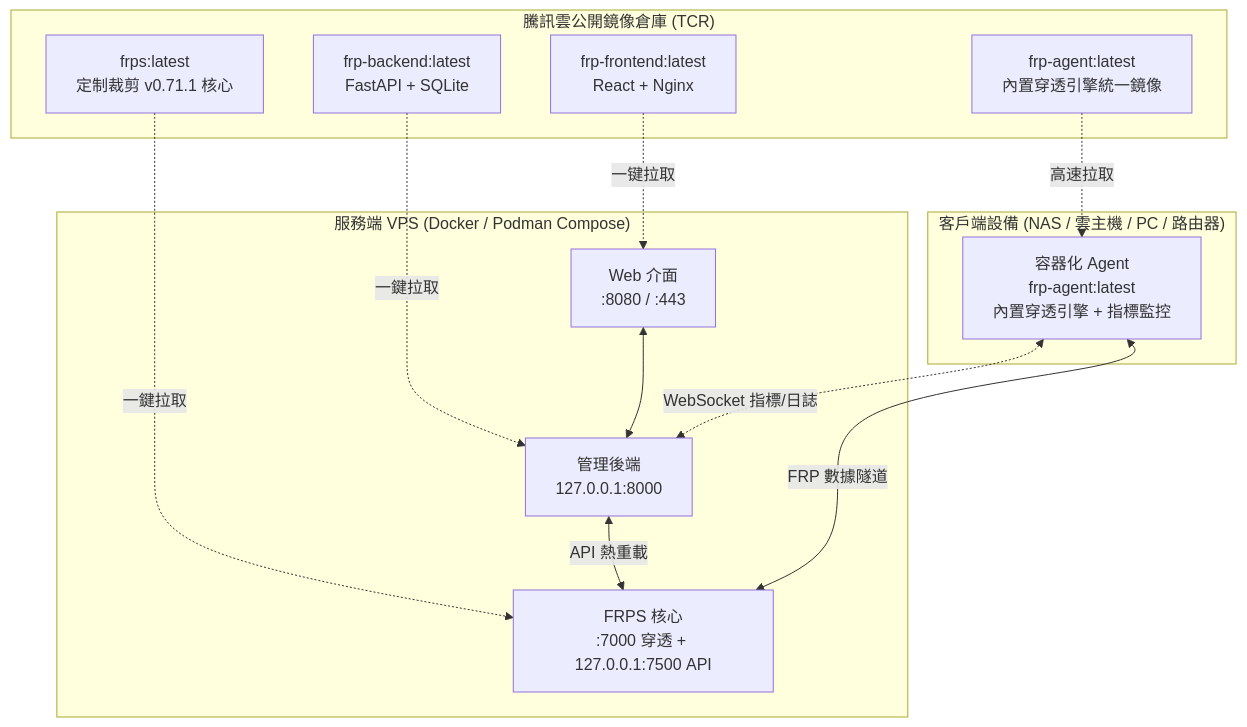
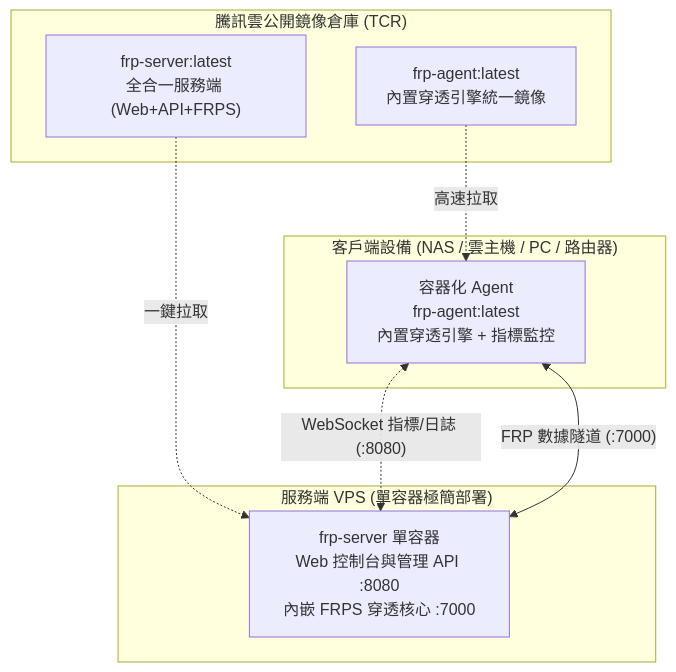
One commit to newbietan/FRP-ALL-IN-ONE changed the diagram in README.zh-TW.md. Above: the diagram before and after it, drawn with Mermaid. The commit also changed other lines of this file and 15 other files, not shown here.

````diff
--- a/README.zh-TW.md
+++ b/README.zh-TW.md
@@ -75,29 +75,21 @@
 ```mermaid
 flowchart TB
     subgraph TCR["騰訊雲公開鏡像倉庫 (TCR)"]
-        FRPS_IMG["frps:latest<br/>定制裁剪 v0.71.1 核心"]
-        BACKEND_IMG["frp-backend:latest<br/>FastAPI + SQLite"]
-        FRONTEND_IMG["frp-frontend:latest<br/>React + Nginx"]
+        SERVER_IMG["frp-server:latest<br/>全合一服務端 (Web+API+FRPS)"]
         AGENT_IMG["frp-agent:latest<br/>內置穿透引擎統一鏡像"]
     end
 
-    subgraph Server["服務端 VPS (Docker / Podman Compose)"]
-        Web["Web 介面<br/>:8080 / :443"]
-        Backend["管理後端<br/>127.0.0.1:8000"]
-        FRPS["FRPS 核心<br/>:7000 穿透 + 127.0.0.1:7500 API"]
-        Web <--> Backend
-        Backend <-->|"API 熱重載"| FRPS
+    subgraph Server["服務端 VPS (單容器極簡部署)"]
+        SingleServer["frp-server 單容器<br/>Web 控制台與管理 API :8080<br/>內嵌 FRPS 穿透核心 :7000"]
     end
 
     subgraph Clients["客戶端設備 (NAS / 雲主機 / PC / 路由器)"]
         DockerClient["容器化 Agent<br/>frp-agent:latest<br/>內置穿透引擎 + 指標監控"]
     end
 
-    FRPS_IMG -.->|"一鍵拉取"| FRPS
-    BACKEND_IMG -.->|"一鍵拉取"| Backend
-    FRONTEND_IMG -.->|"一键拉取"| Web
+    SERVER_IMG -.->|"一鍵拉取"| SingleServer
     AGENT_IMG -.->|"高速拉取"| DockerClient
 
-    DockerClient <-.->|"WebSocket 指標/日誌"| Backend
-    DockerClient <-->|"FRP 數據隧道"| FRPS
+    DockerClient <-.->|"WebSocket 指標/日誌 (:8080)"| SingleServer
+    DockerClient <-->|"FRP 數據隧道 (:7000)"| SingleServer
 ```
````
